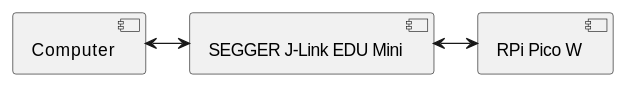
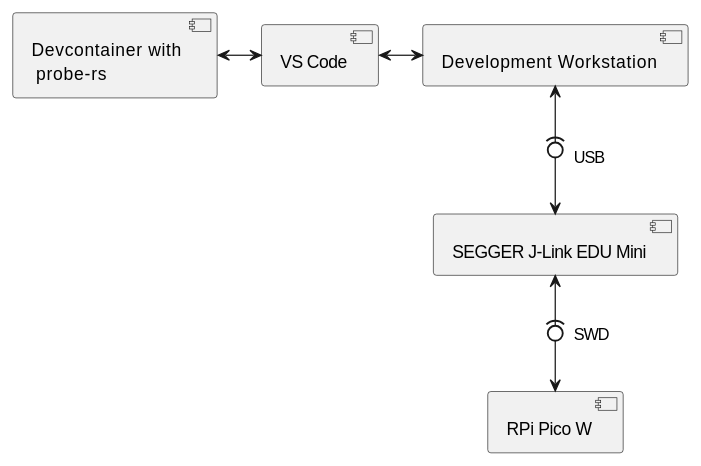
The diagram in doc/source/development_environment.rst (erichstuder/433MHz_to_MQTT), drawn with PlantUML before and after one commit. The commit also changed other lines of this file, not shown here.

Commit message:
update development environment documentation

```diff
--- a/doc/source/development_environment.rst
+++ b/doc/source/development_environment.rst
@@ -143,8 +154,8 @@
 .. plantuml::
 
    @startuml
-
-   [Computer] <-> [SEGGER J-Link EDU Mini]
-   [SEGGER J-Link EDU Mini] <-> [RPi Pico W]
-
+   [Devcontainer with \n probe-rs] <-> [VS Code]
+   [VS Code] <-> [Development Workstation]
+   [Development Workstation] <-(0->  [SEGGER J-Link EDU Mini] : "  USB"
+   [SEGGER J-Link EDU Mini] <-(0-> [RPi Pico W] : "  SWD"
    @enduml
```
